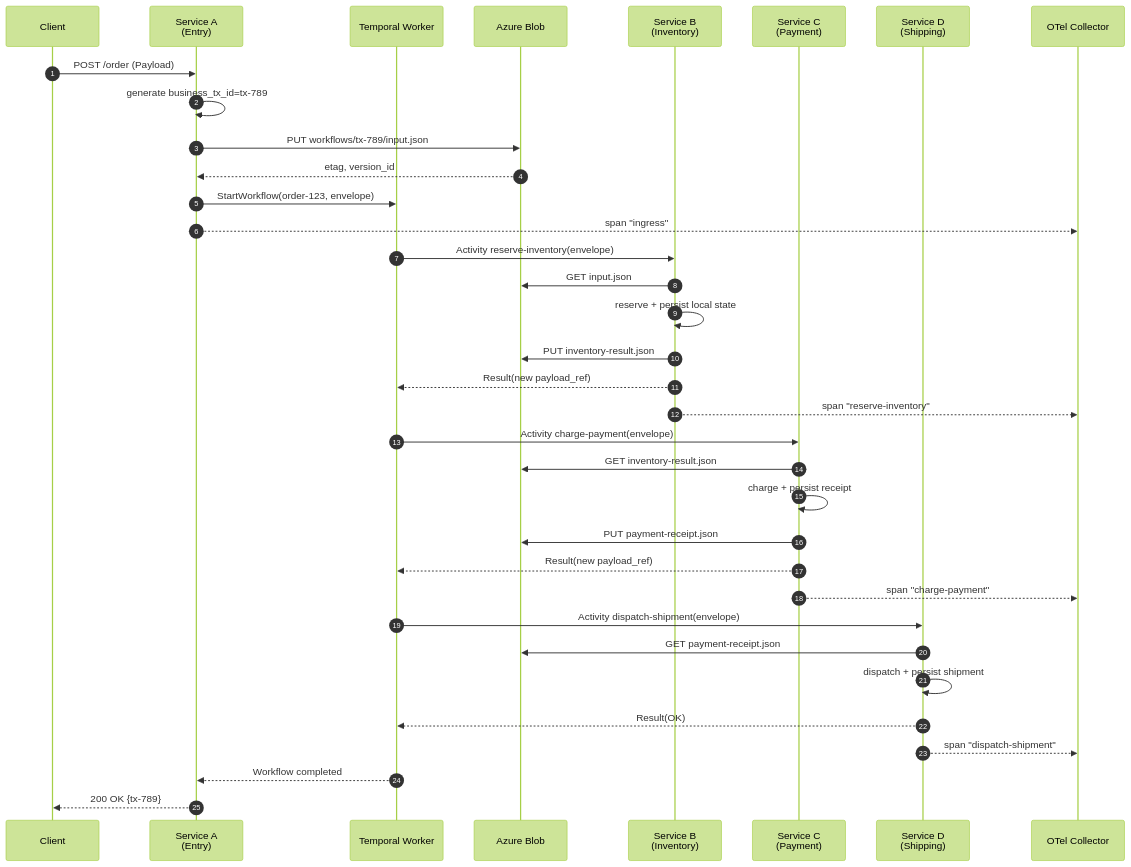
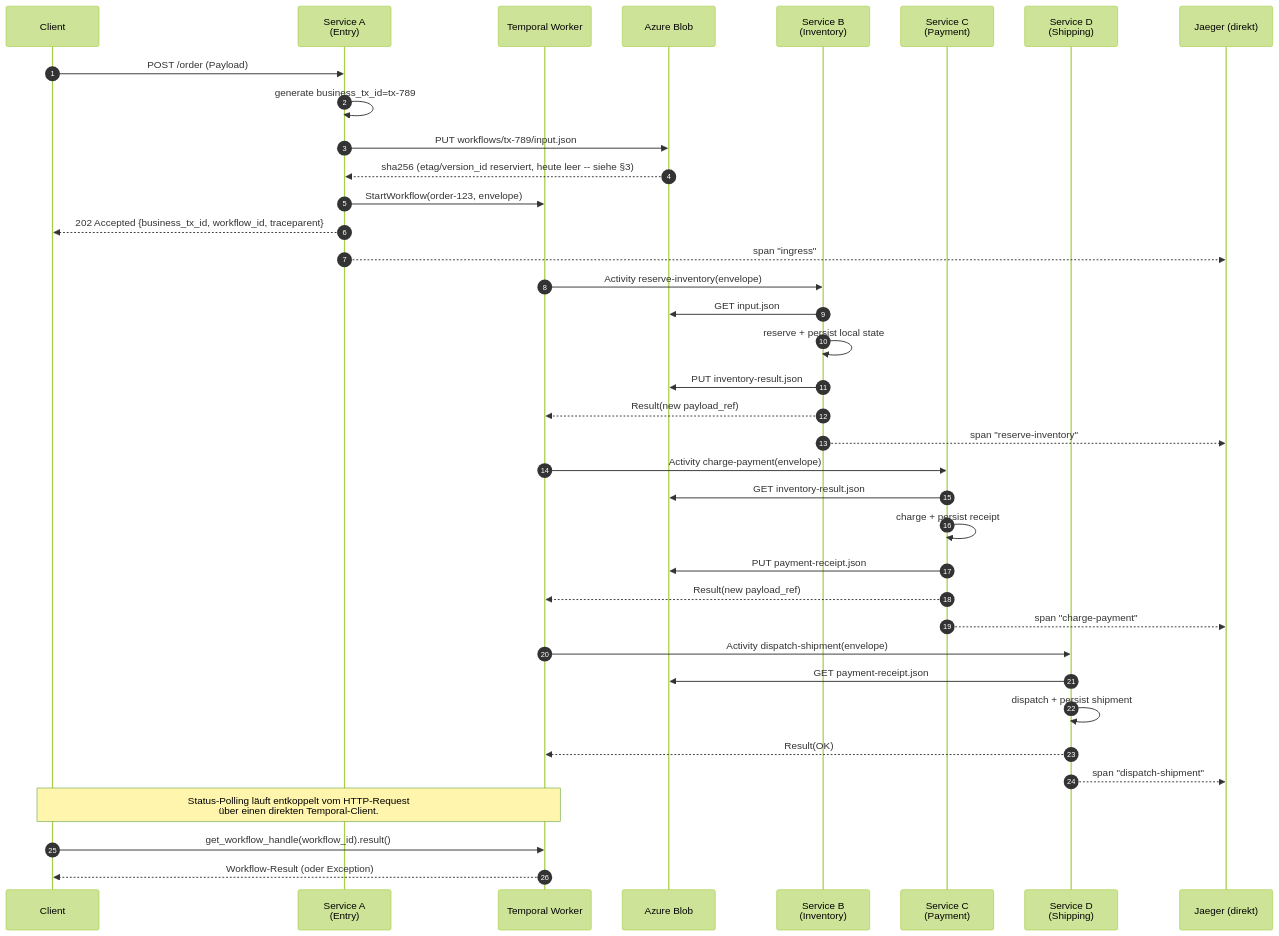
One commit to haalfi/integration-showcase changed the second of 6 diagrams in sdd/research/research-temporal-azure-otel-orchestration.md. Above: the diagram before and after it, drawn with Mermaid (forest theme). The commit also changed other lines of this file and 2 other files, not shown here.

````diff
--- a/sdd/research/research-temporal-azure-otel-orchestration.md
+++ b/sdd/research/research-temporal-azure-otel-orchestration.md
@@ -117,42 +129,44 @@
 ```mermaid
 sequenceDiagram
     autonumber
     participant U as Client
     participant A as Service A<br/>(Entry)
     participant T as Temporal Worker
     participant AB as Azure Blob
     participant B as Service B<br/>(Inventory)
     participant C as Service C<br/>(Payment)
     participant D as Service D<br/>(Shipping)
-    participant O as OTel Collector
+    participant O as Jaeger (direkt)
 
     U->>A: POST /order (Payload)
     A->>A: generate business_tx_id=tx-789
     A->>AB: PUT workflows/tx-789/input.json
-    AB-->>A: etag, version_id
+    AB-->>A: sha256 (etag/version_id reserviert, heute leer -- siehe §3)
     A->>T: StartWorkflow(order-123, envelope)
+    A-->>U: 202 Accepted {business_tx_id, workflow_id, traceparent}
     A-->>O: span "ingress"
 
     T->>B: Activity reserve-inventory(envelope)
     B->>AB: GET input.json
     B->>B: reserve + persist local state
     B->>AB: PUT inventory-result.json
     B-->>T: Result(new payload_ref)
     B-->>O: span "reserve-inventory"
 
     T->>C: Activity charge-payment(envelope)
     C->>AB: GET inventory-result.json
     C->>C: charge + persist receipt
     C->>AB: PUT payment-receipt.json
     C-->>T: Result(new payload_ref)
     C-->>O: span "charge-payment"
 
     T->>D: Activity dispatch-shipment(envelope)
     D->>AB: GET payment-receipt.json
     D->>D: dispatch + persist shipment
     D-->>T: Result(OK)
     D-->>O: span "dispatch-shipment"
 
-    T-->>A: Workflow completed
-    A-->>U: 200 OK {tx-789}
+    Note over U,T: Status-Polling läuft entkoppelt vom HTTP-Request<br/>über einen direkten Temporal-Client.
+    U->>T: get_workflow_handle(workflow_id).result()
+    T-->>U: Workflow-Result (oder Exception)
 ```
````
